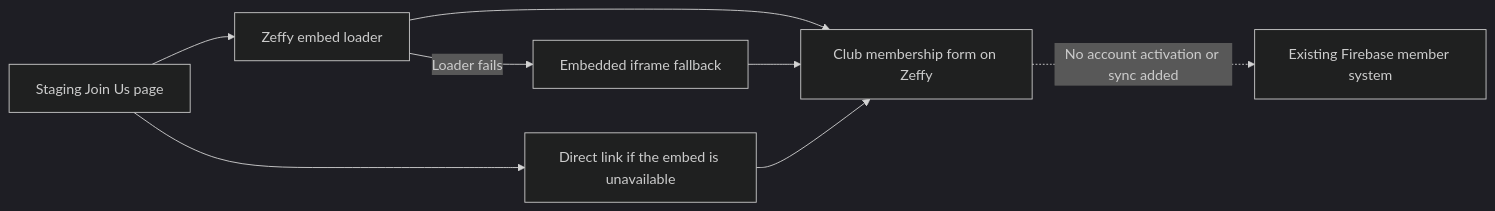
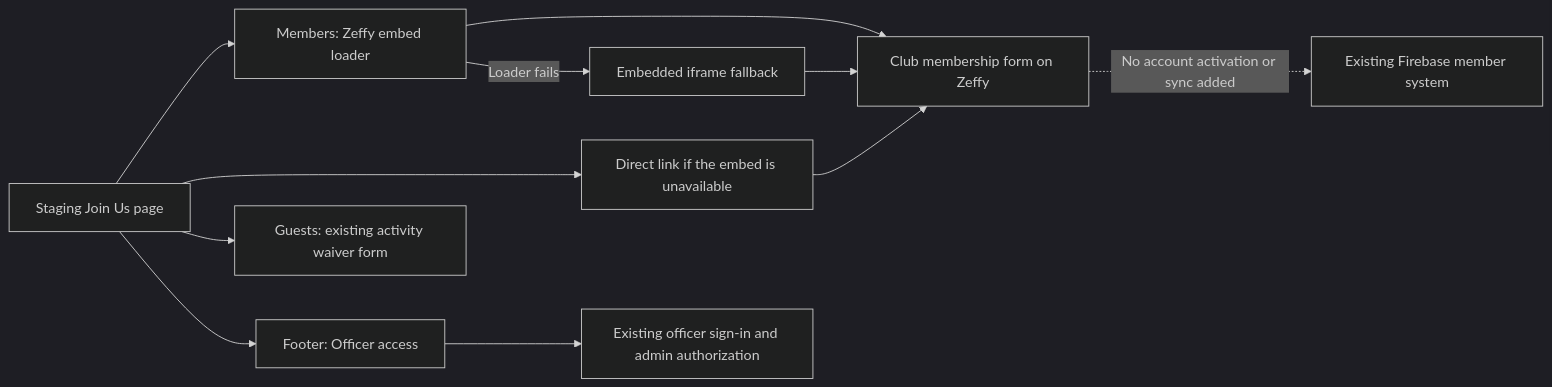
Before and after one commit to Run-MPRC/Run-MPRC.github.io: the diagram in docs/officers/ZEFFY_MEMBERSHIP.md, drawn with Mermaid (dark theme). The commit also changed other lines of this file and 17 other files, not shown here.

Commit message:
Simplify Zeffy signup and separate guest waiver and officer access

````diff
--- a/docs/officers/ZEFFY_MEMBERSHIP.md
+++ b/docs/officers/ZEFFY_MEMBERSHIP.md
@@ -11,10 +13,13 @@
 ```mermaid
 flowchart LR
-    A["Staging Join Us page"] --> B["Zeffy embed loader"]
+    A["Staging Join Us page"] --> B["Members: Zeffy embed loader"]
     B --> C["Club membership form on Zeffy"]
     A --> D["Direct link if the embed is unavailable"]
     D --> C
     B -- "Loader fails" --> E["Embedded iframe fallback"]
     E --> C
+    A --> G["Guests: existing activity waiver form"]
+    A --> H["Footer: Officer access"]
+    H --> I["Existing officer sign-in and admin authorization"]
     C -. "No account activation or sync added" .-> F["Existing Firebase member system"]
 ```
````
